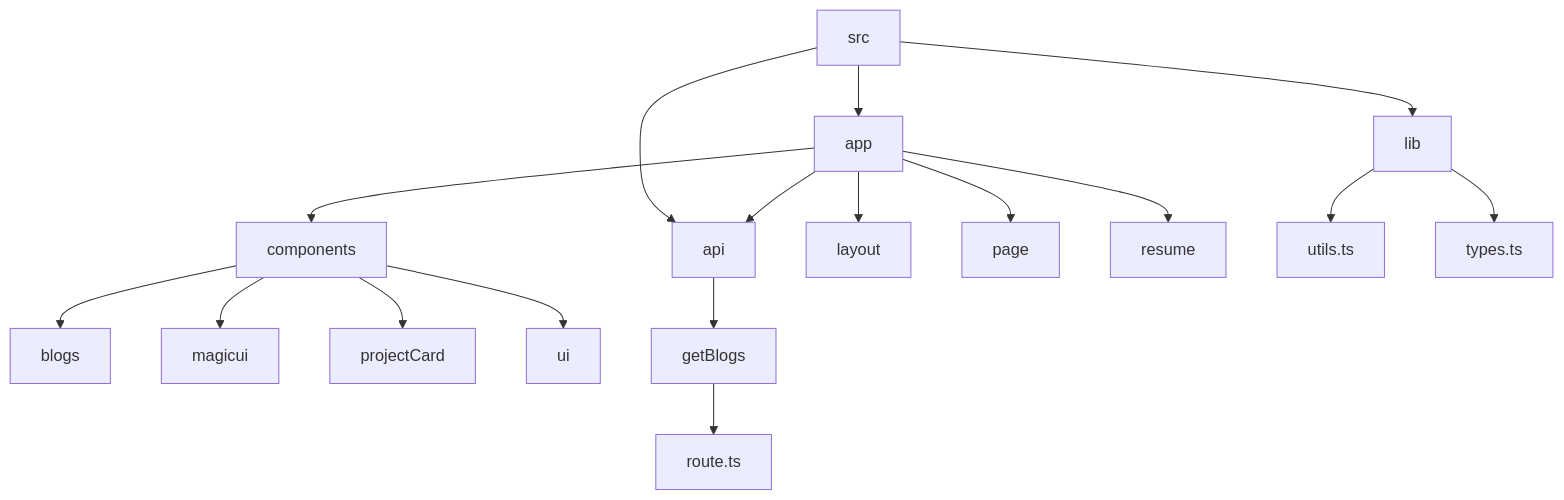
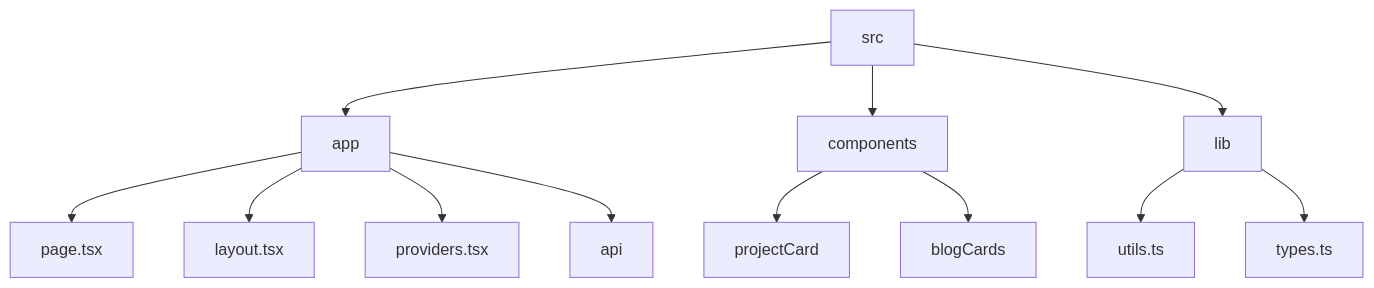
Before and after one commit to abhraneeldhar7/portfolio: the diagram in README.md, drawn with Mermaid. The commit also changed other lines of this file, not shown here.

````diff
--- a/README.md
+++ b/README.md
@@ -44,18 +24,14 @@
 ```mermaid
 graph TD;
-src-->app;
-app-->api;
-app-->components;
-app-->layout;
-app-->page;
-app-->resume;
-components-->blogs;
-components-->magicui;
-components-->projectCard;
-components-->ui;
-src-->lib;
-lib-->utils.ts;
-lib-->types.ts;
-src-->api-->getBlogs-->route.ts;
-
+ src-->app;
+ src-->components;
+ src-->lib;
+ app-->page.tsx;
+ app-->layout.tsx;
+ app-->providers.tsx;
+ app-->api;
+ components-->projectCard;
+ components-->blogCards;
+ lib-->utils.ts;
+ lib-->types.ts;
 ```
````
